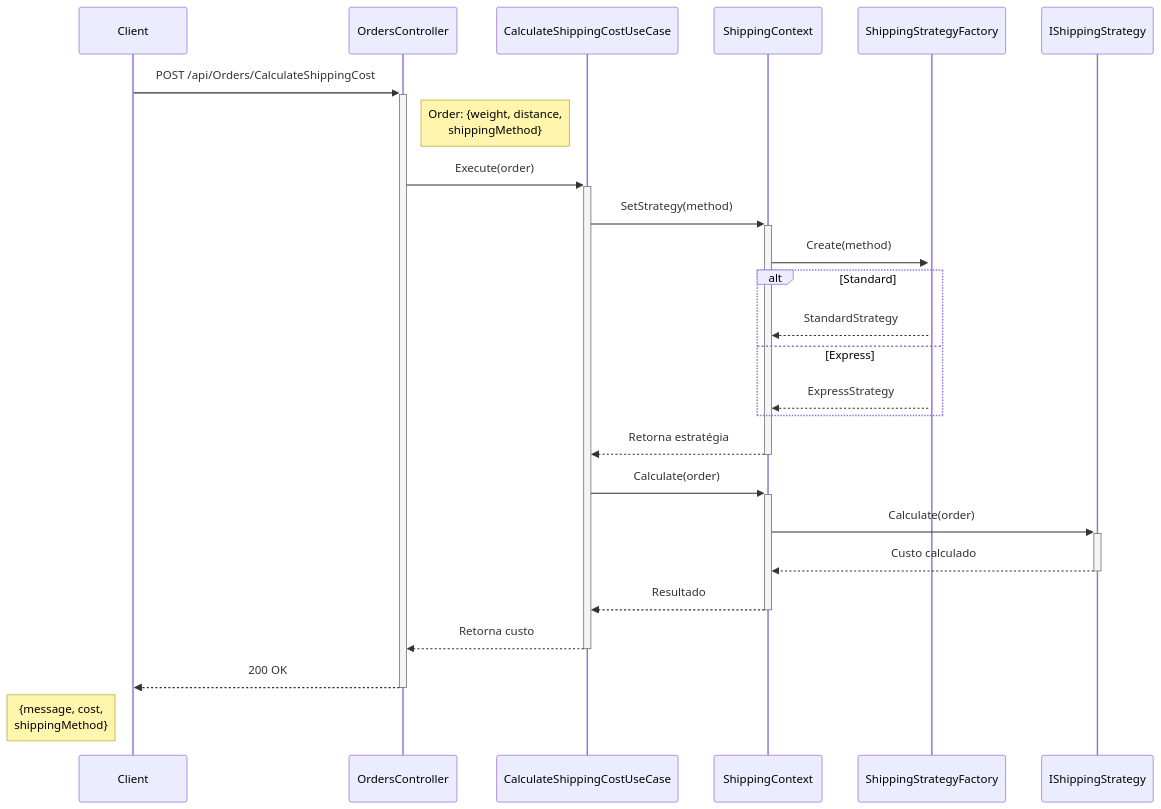
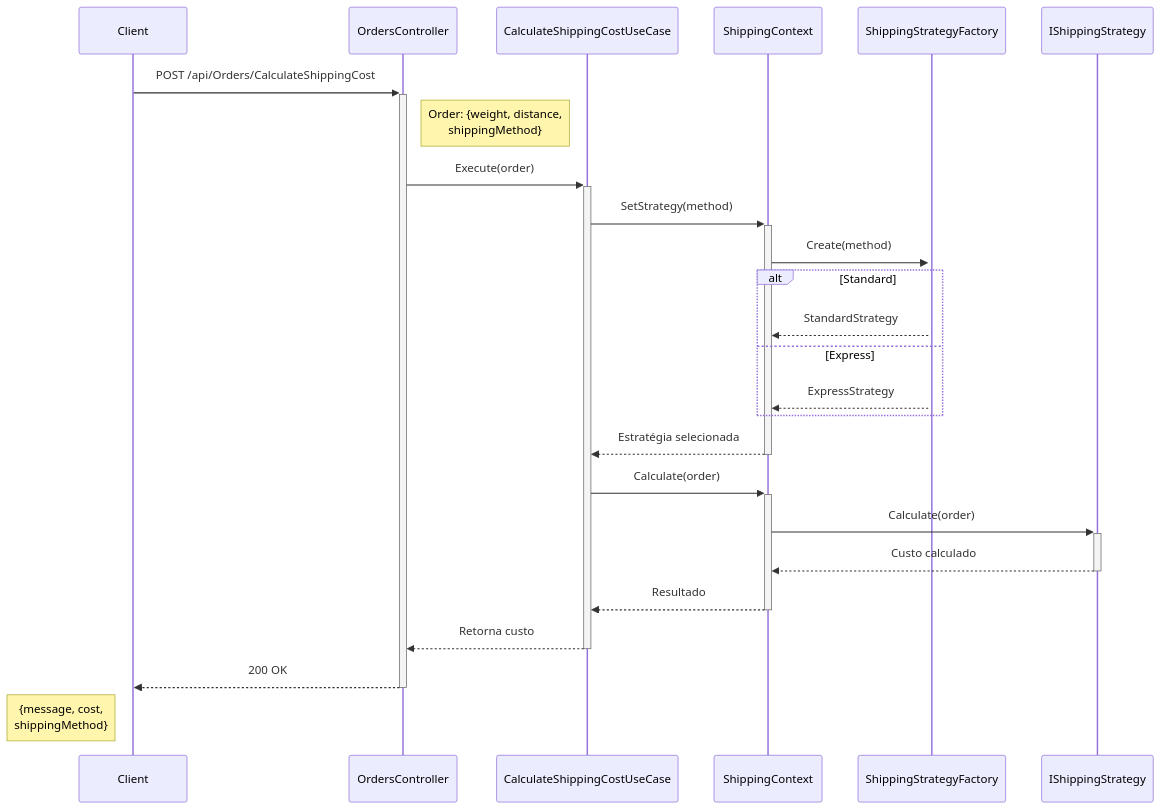
The diagram in README.md (kauatwn/StrategyDemo), drawn with Mermaid before and after one commit. The commit also changed other lines of this file, not shown here.

````diff
--- a/README.md
+++ b/README.md
@@ -149,32 +145,32 @@
   ```mermaid
   sequenceDiagram
     participant Client
     participant API as OrdersController
     participant UseCase as CalculateShippingCostUseCase
     participant Context as ShippingContext
     participant Factory as ShippingStrategyFactory
     participant Strategy as IShippingStrategy
 
     Client->>+API: POST /api/Orders/CalculateShippingCost
     Note right of API: Order: {weight, distance,<br/>shippingMethod}
     
     API->>+UseCase: Execute(order)
     
     UseCase->>+Context: SetStrategy(method)
     Context->>+Factory: Create(method)
     alt Standard
         Factory-->>Context: StandardStrategy
     else Express
         Factory-->>Context: ExpressStrategy
     end
-    Context-->>-UseCase: Retorna estratégia
+    Context-->>-UseCase: Estratégia selecionada
     
     UseCase->>+Context: Calculate(order)
     Context->>+Strategy: Calculate(order)
     Strategy-->>-Context: Custo calculado
     Context-->>-UseCase: Resultado
     
     UseCase-->>-API: Retorna custo
     API-->>-Client: 200 OK
     Note left of Client: {message, cost,<br/>shippingMethod}
   ```
````
